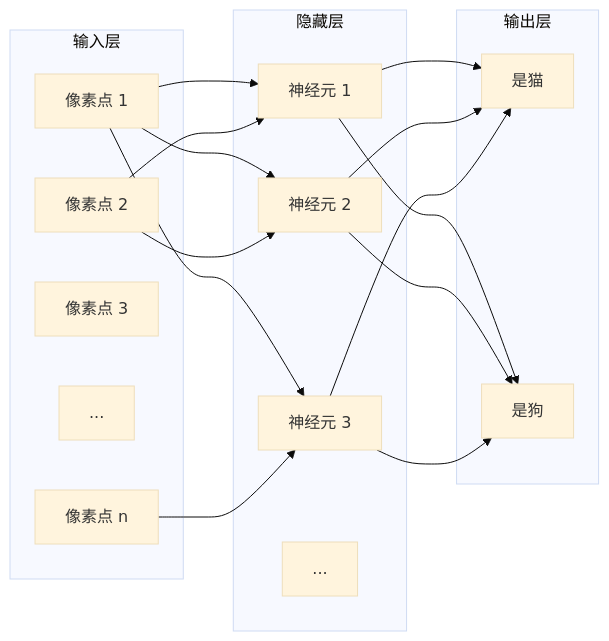
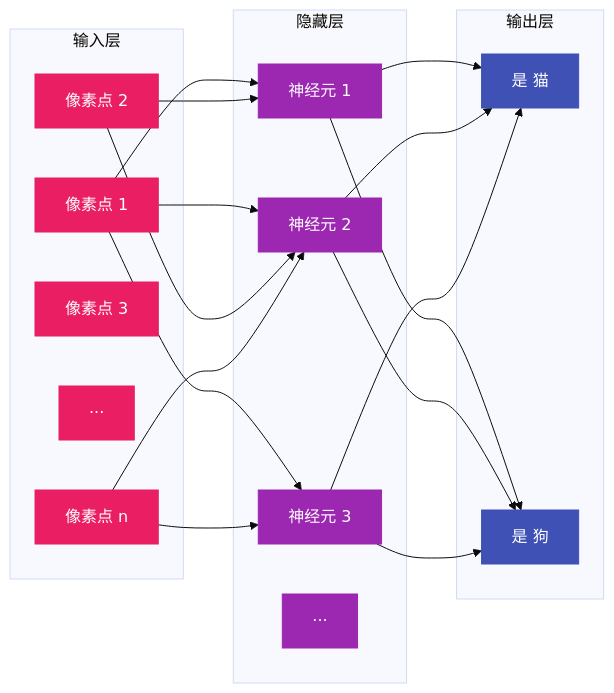
One commit to Unclecheng-li/Hello-AI changed the first of 2 diagrams in docs/basics/deep-learning.md. Above: the diagram before and after it, drawn with Mermaid (base theme). The commit also changed other lines of this file and 34 other files, not shown here.

````diff
--- a/docs/basics/deep-learning.md
+++ b/docs/basics/deep-learning.md
@@ -32,36 +72,45 @@
 ```mermaid
 flowchart LR
-    subgraph 输入层
-        A1[像素点 1]
-        A2[像素点 2]
-        A3[像素点 3]
-        Ax[...]
-        An[像素点 n]
+    subgraph input["输入层"]
+        A1["像素点 1"]
+        A2["像素点 2"]
+        A3["像素点 3"]
+        Ax["···"]
+        An["像素点 n"]
     end
 
-    subgraph 隐藏层
-        B1[神经元 1]
-        B2[神经元 2]
-        B3[神经元 3]
-        Bx[...]
+    subgraph hidden["隐藏层"]
+        B1["神经元 1"]
+        B2["神经元 2"]
+        B3["神经元 3"]
+        Bx["···"]
     end
 
-    subgraph 输出层
-        C1[是猫]
-        C2[是狗]
+    subgraph output["输出层"]
+        C1["是 猫"]
+        C2["是 狗"]
     end
+
+    classDef inputLayer fill:#e91e63,stroke:#e91e63,color:#fff
+    classDef hiddenLayer fill:#9c27b0,stroke:#9c27b0,color:#fff
+    classDef outputLayer fill:#3f51b5,stroke:#3f51b5,color:#fff
+
+    class A1,A2,A3,Ax,An inputLayer
+    class B1,B2,B3,Bx hiddenLayer
+    class C1,C2 outputLayer
 
     A1 --> B1
     A1 --> B2
     A1 --> B3
     A2 --> B1
     A2 --> B2
+    An --> B2
     An --> B3
 
     B1 --> C1
     B1 --> C2
     B2 --> C1
     B2 --> C2
     B3 --> C1
     B3 --> C2
 ```
````
